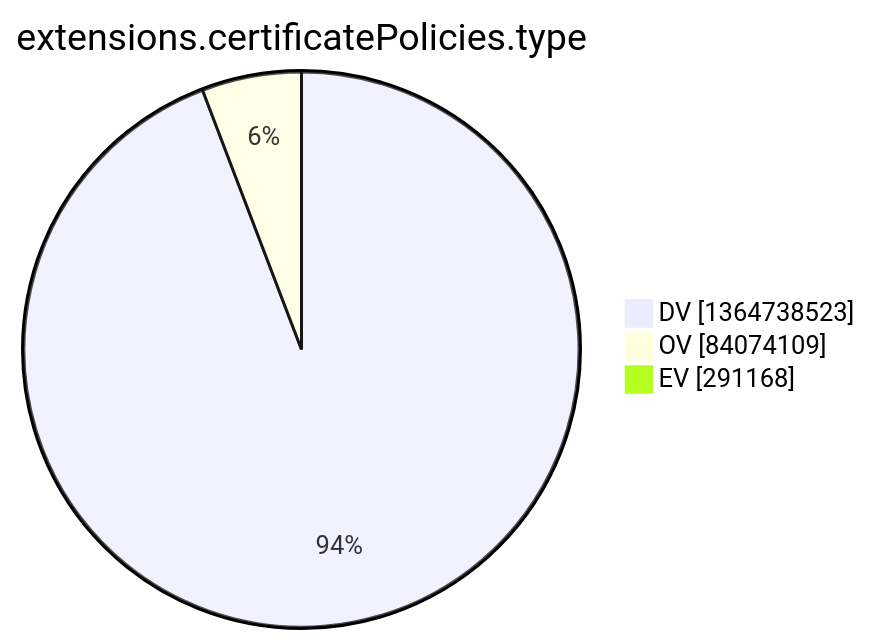
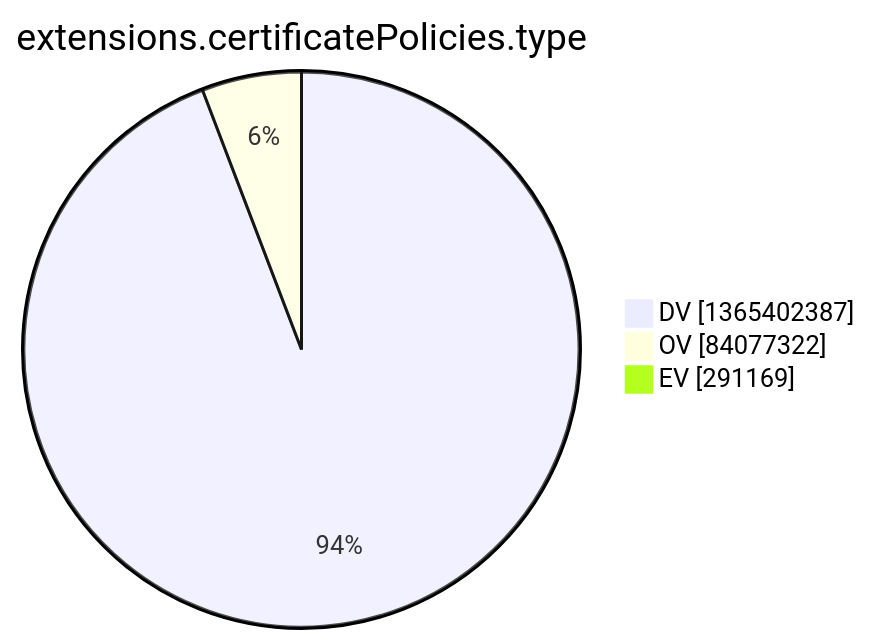
The tenth of 15 diagrams in argon2022/README.md (christiankrug/ctmonitor_visualization), drawn with Mermaid before and after one commit. The commit also changed other lines of this file, not shown here.

````diff
--- a/argon2022/README.md
+++ b/argon2022/README.md
@@ -2773,7 +2773,7 @@
 ```mermaid
 pie showData
 title extensions.certificatePolicies.type
-"DV" :1364738523
-"OV" :84074109
-"EV" :291168
+"DV" :1365402387
+"OV" :84077322
+"EV" :291169
 ```
````
